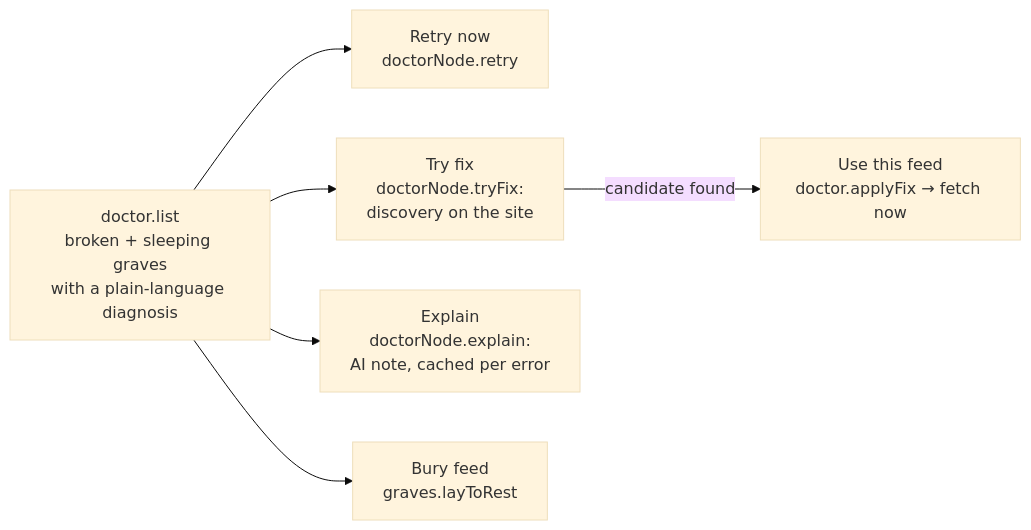
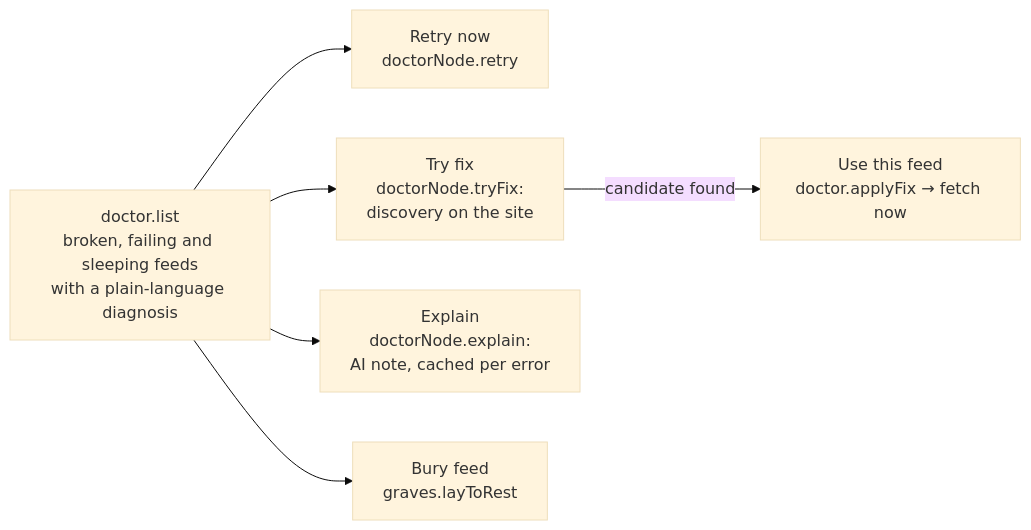
Before and after one commit to mawlid1431/Necro_Kiro_ween_Hackathon: the eighth of 10 diagrams in README.md, drawn with Mermaid (base theme). The commit also changed other lines of this file, not shown here.

Commit message:
docs(readme): Feed Doctor now lists broken, failing and sleeping feeds

````diff
--- a/README.md
+++ b/README.md
@@ -332,8 +332,8 @@
 ```mermaid
 flowchart LR
-  L["doctor.list<br/>broken + sleeping graves<br/>with a plain-language diagnosis"] --> A1["Retry now<br/>doctorNode.retry"]
+  L["doctor.list<br/>broken, failing and sleeping feeds<br/>with a plain-language diagnosis"] --> A1["Retry now<br/>doctorNode.retry"]
   L --> A2["Try fix<br/>doctorNode.tryFix:<br/>discovery on the site"]
   A2 -->|"candidate found"| A3["Use this feed<br/>doctor.applyFix → fetch now"]
   L --> A4["Explain<br/>doctorNode.explain:<br/>AI note, cached per error"]
   L --> A5["Bury feed<br/>graves.layToRest"]
 ```
````
